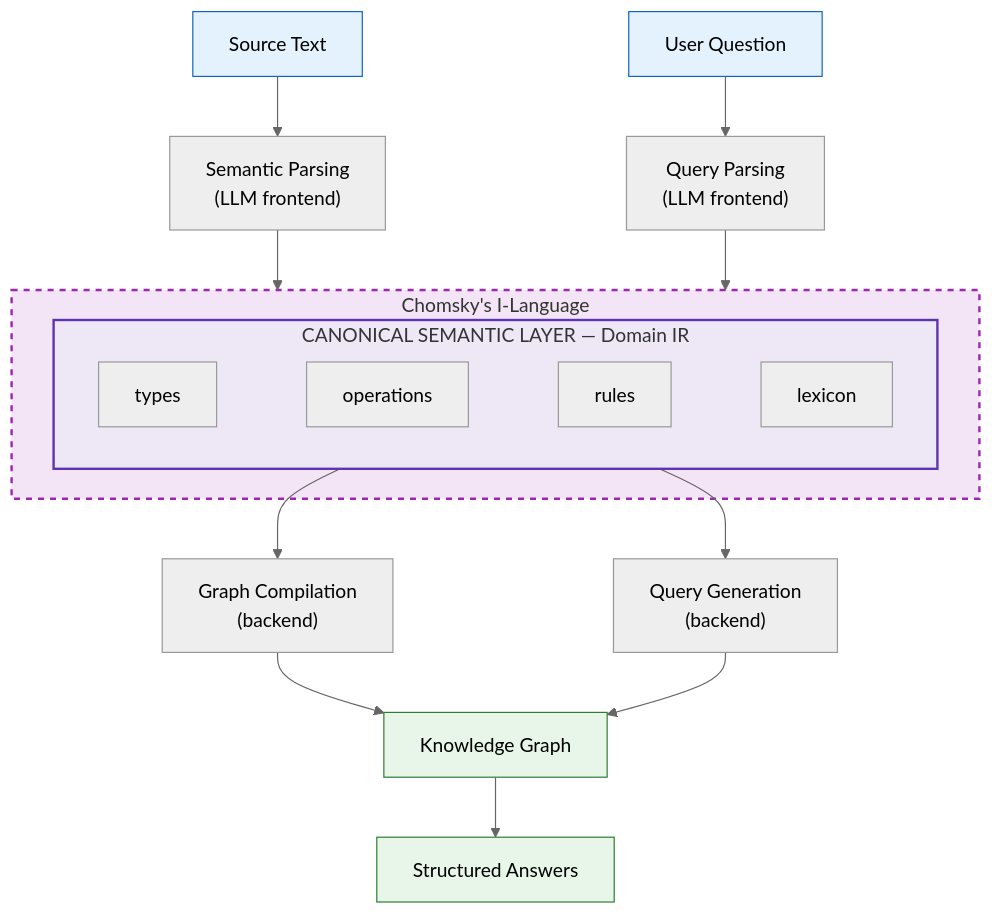
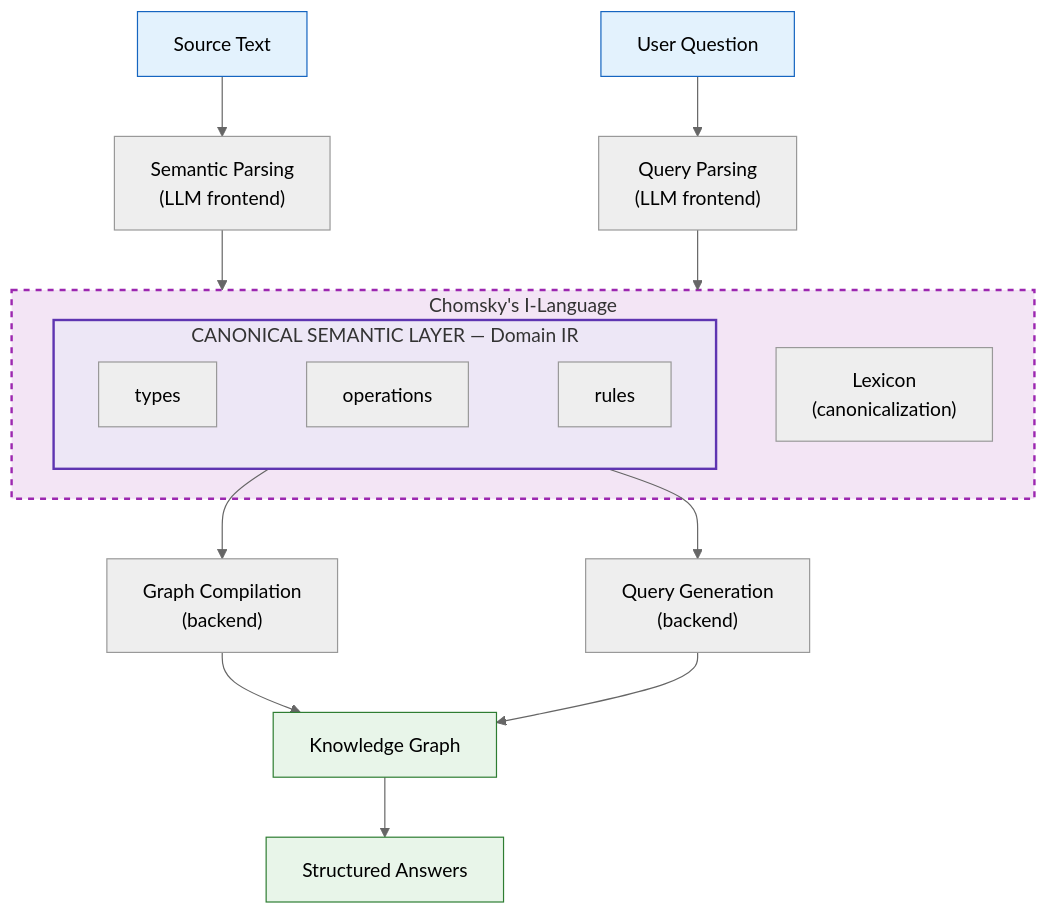
One commit to borisdev/borisdev.github.io changed the second of 2 diagrams in docs/domain-grammar-compiler.md. Above: the diagram before and after it, drawn with Mermaid (neutral theme). The commit also changed other lines of this file, not shown here.

First line of the commit message:
Move Lexicon into I-Language layer, merge operations + rules

````diff
--- a/docs/domain-grammar-compiler.md
+++ b/docs/domain-grammar-compiler.md
@@ -144,29 +148,30 @@
 ```mermaid
 flowchart TD
     ST["Source Text"] --> SP["Semantic Parsing<br>(LLM frontend)"]
     UQ["User Question"] --> QP["Query Parsing<br>(LLM frontend)"]
 
     SP --> IL
     QP --> IL
 
     subgraph IL["Chomsky's I-Language"]
+        LEX["Lexicon<br>(canonicalization)"]
         subgraph CIR["CANONICAL SEMANTIC LAYER — Domain IR"]
             direction LR
-            types["types"] ~~~ ops["operations"] ~~~ rules["rules"] ~~~ lex["lexicon"]
+            types["types"] ~~~ ops["operations"] ~~~ rules["rules"]
         end
     end
 
     CIR --> GC["Graph Compilation<br>(backend)"]
     CIR --> QG["Query Generation<br>(backend)"]
 
     GC --> KG["Knowledge Graph"]
     QG --> KG
     KG --> SA["Structured Answers"]
 
     style IL fill:#f3e5f5,stroke:#9c27b0,stroke-width:2px,stroke-dasharray: 5 5
     style CIR fill:#ede7f6,stroke:#5e35b1,stroke-width:2px
     style ST fill:#e3f2fd,stroke:#1565c0
     style UQ fill:#e3f2fd,stroke:#1565c0
     style KG fill:#e8f5e9,stroke:#2e7d32
     style SA fill:#e8f5e9,stroke:#2e7d32
 ```
````
